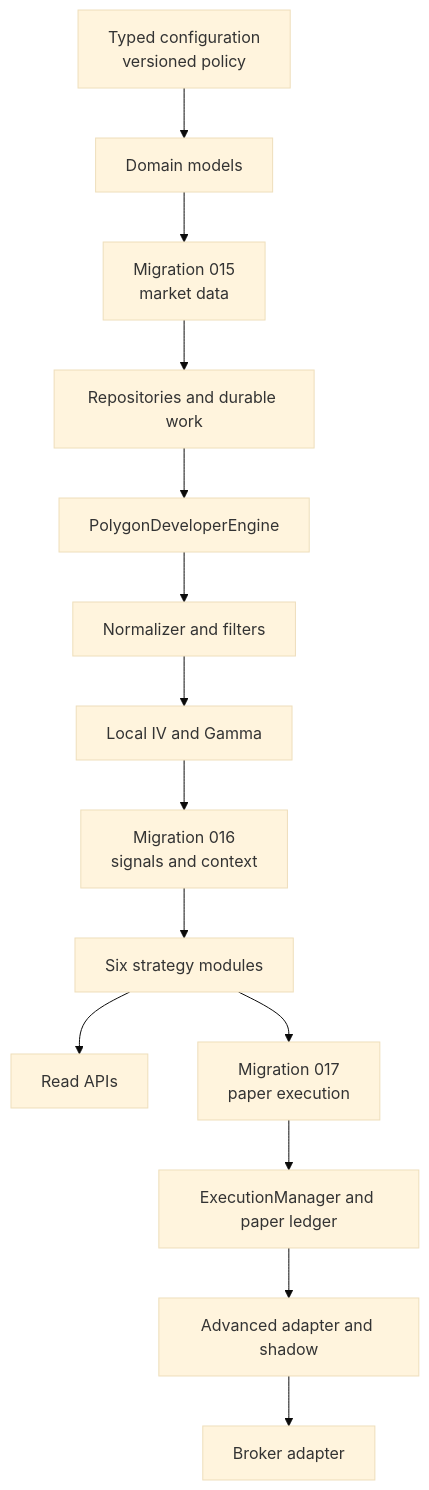
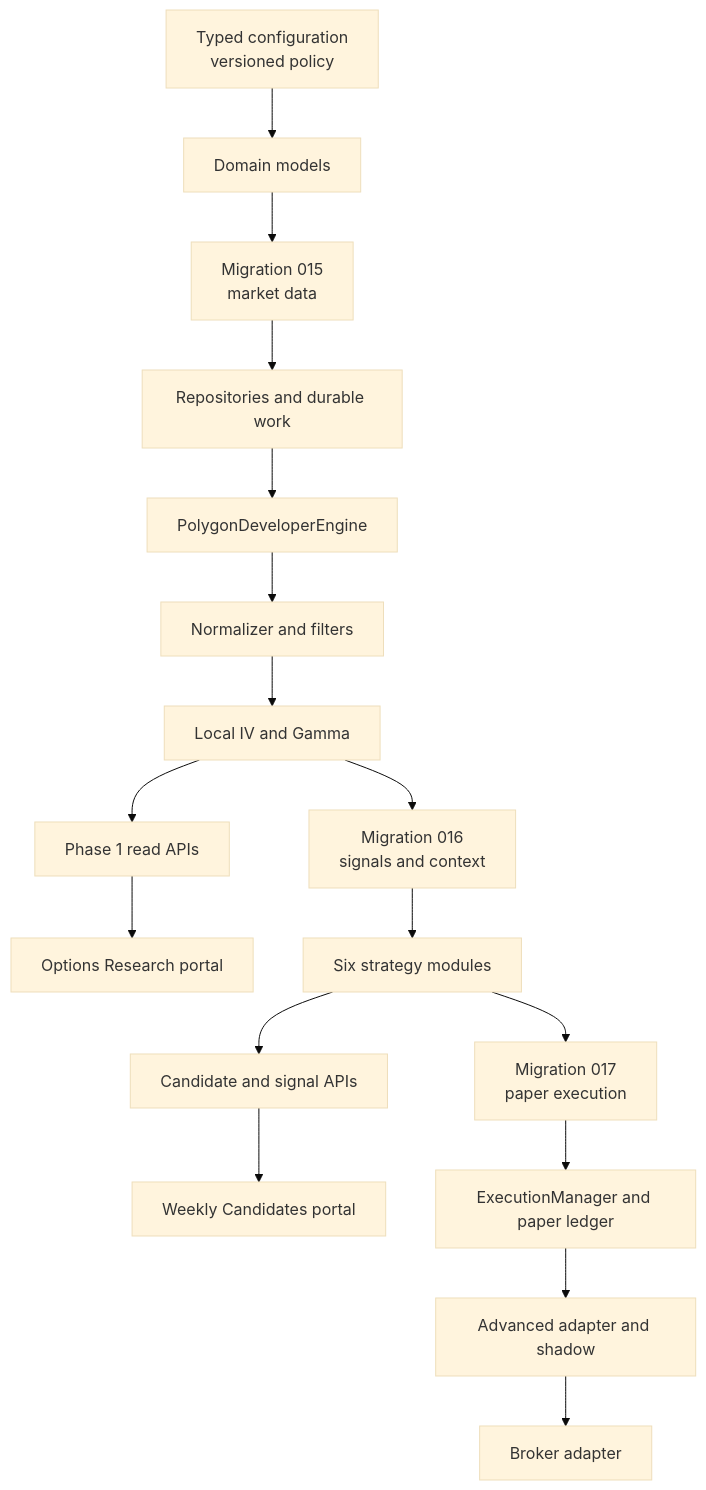
One commit to vchidura/StockScreener changed the second of 3 diagrams in docs/OPTION_CHAIN_SCANNER_IMPLEMENTATION_GUIDE.md. Above: the diagram before and after it, drawn with Mermaid (base theme). The commit also changed other lines of this file and 97 other files, not shown here.

````diff
--- a/docs/OPTION_CHAIN_SCANNER_IMPLEMENTATION_GUIDE.md
+++ b/docs/OPTION_CHAIN_SCANNER_IMPLEMENTATION_GUIDE.md
@@ -47,16 +58,19 @@
 ```mermaid
 flowchart TB
     C[Typed configuration<br/>versioned policy] --> D[Domain models]
     D --> M15[Migration 015<br/>market data]
     M15 --> R[Repositories and durable work]
     R --> PD[PolygonDeveloperEngine]
     PD --> N[Normalizer and filters]
     N --> G[Local IV and Gamma]
+    G --> API15[Phase 1 read APIs]
+    API15 --> UI15[Options Research portal]
     G --> M16[Migration 016<br/>signals and context]
     M16 --> S[Six strategy modules]
-    S --> API[Read APIs]
+    S --> API16[Candidate and signal APIs]
+    API16 --> UI16[Weekly Candidates portal]
     S --> M17[Migration 017<br/>paper execution]
     M17 --> E[ExecutionManager and paper ledger]
     E --> A[Advanced adapter and shadow]
     A --> B[Broker adapter]
 ```
````
